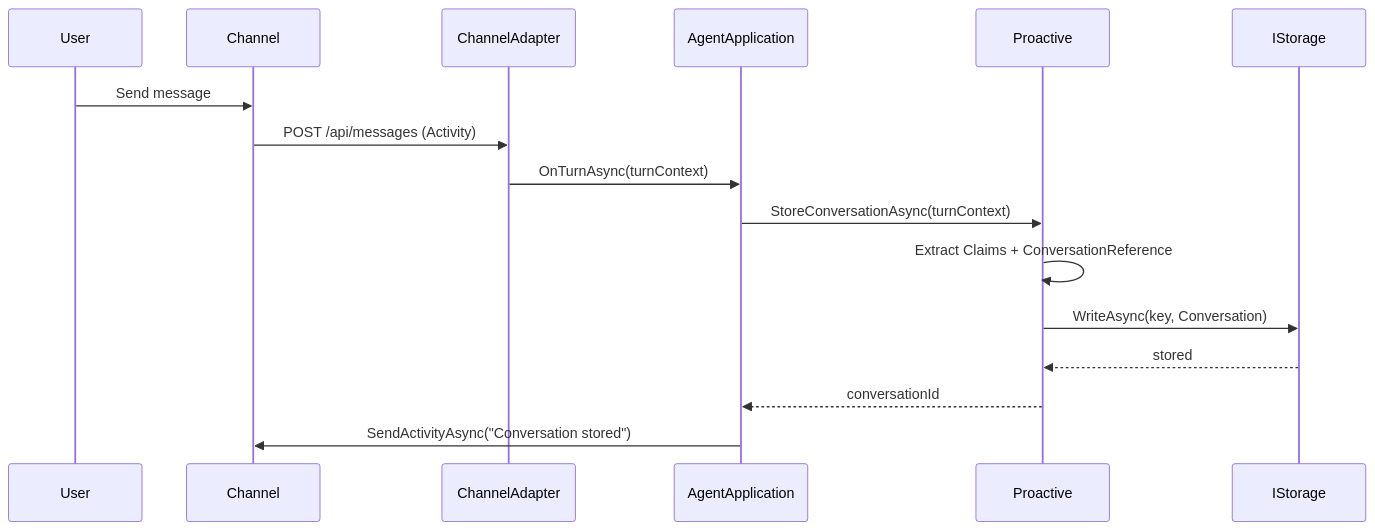
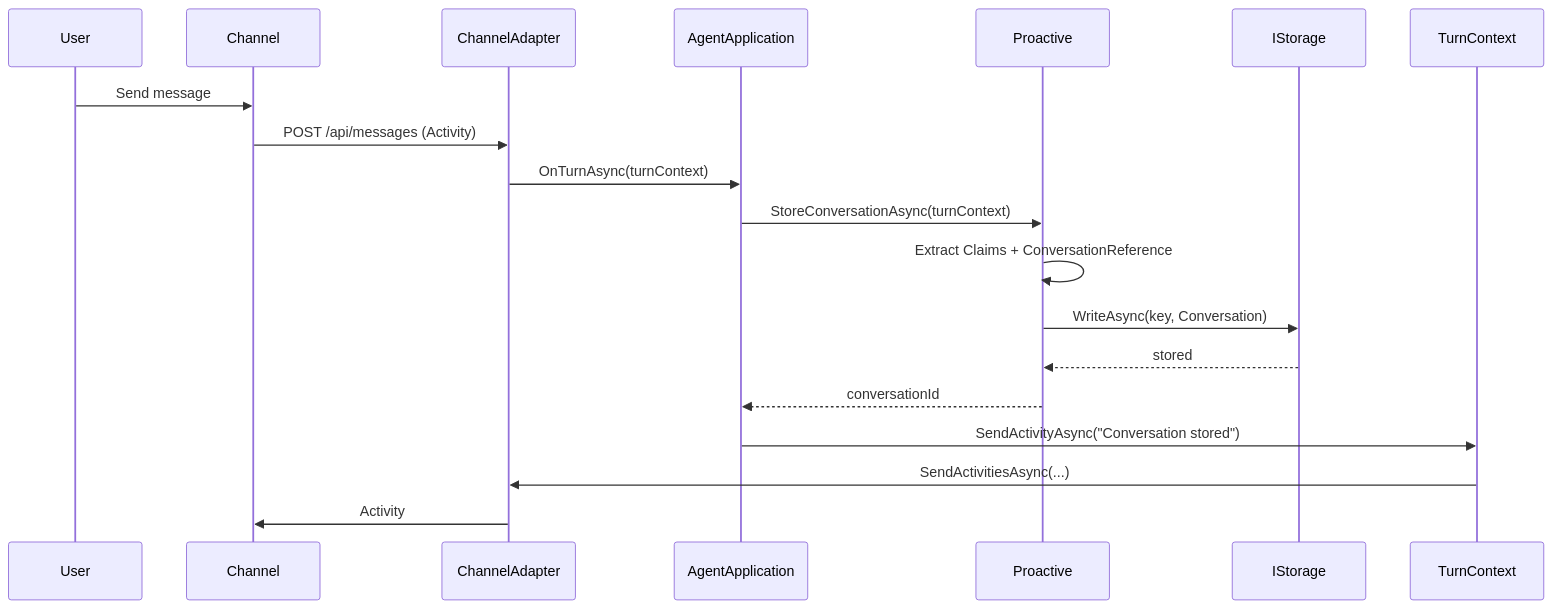
Before and after one commit to microsoft/Agents-for-net: the first of 5 diagrams in docs/proactive-sequence-diagram.md, drawn with Mermaid. The commit also changed other lines of this file and 11 other files, not shown here.

First line of the commit message:
docs: refresh architecture and sequence diagrams

````diff
--- a/docs/proactive-sequence-diagram.md
+++ b/docs/proactive-sequence-diagram.md
@@ -19,19 +19,22 @@
 ```mermaid
 sequenceDiagram
     participant User
     participant Channel
     participant ChannelAdapter
     participant AgentApplication
     participant Proactive
     participant IStorage
+    participant TurnContext
 
     User->>Channel: Send message
     Channel->>ChannelAdapter: POST /api/messages (Activity)
     ChannelAdapter->>AgentApplication: OnTurnAsync(turnContext)
     AgentApplication->>Proactive: StoreConversationAsync(turnContext)
     Proactive->>Proactive: Extract Claims + ConversationReference
     Proactive->>IStorage: WriteAsync(key, Conversation)
     IStorage-->>Proactive: stored
     Proactive-->>AgentApplication: conversationId
-    AgentApplication->>Channel: SendActivityAsync("Conversation stored")
+    AgentApplication->>TurnContext: SendActivityAsync("Conversation stored")
+    TurnContext->>ChannelAdapter: SendActivitiesAsync(...)
+    ChannelAdapter->>Channel: Activity
 ```
````
